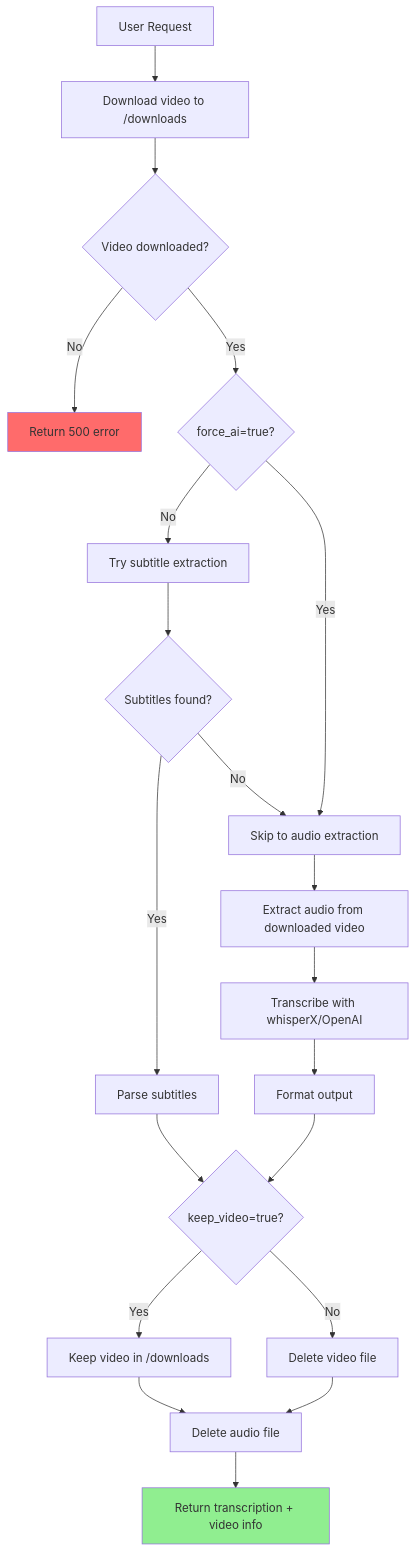
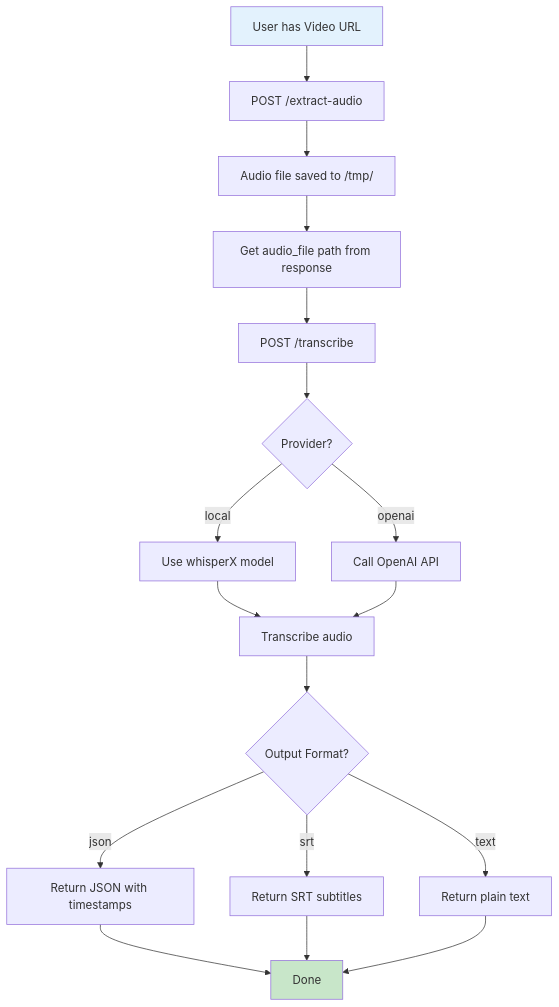
The second of 9 diagrams in docs/endpoint-flows.md (aaahariri/yt-dlp-v1), drawn with Mermaid before and after one commit. The commit also changed other lines of this file and 43 other files, not shown here.

````diff
--- a/docs/endpoint-flows.md
+++ b/docs/endpoint-flows.md
@@ -22,32 +60,26 @@
 ```mermaid
 flowchart TD
-    A[User Request] --> B[Download video to /downloads]
-    B --> C{Video downloaded?}
+    Start[User has Video URL] --> ExtractAudio[POST /extract-audio]
+    ExtractAudio --> AudioSaved[Audio file saved to /tmp/]
+    AudioSaved --> GetAudioPath[Get audio_file path from response]
+    GetAudioPath --> Transcribe[POST /transcribe]
+    Transcribe --> ChooseProvider{Provider?}
 
-    C -->|No| ERROR1[Return 500 error]
-    C -->|Yes| D{force_ai=true?}
+    ChooseProvider -->|local| WhisperX[Use whisperX model]
+    ChooseProvider -->|openai| OpenAI[Call OpenAI API]
 
-    D -->|No| E[Try subtitle extraction]
-    D -->|Yes| I[Skip to audio extraction]
+    WhisperX --> ProcessAudio[Transcribe audio]
+    OpenAI --> ProcessAudio
 
-    E --> F{Subtitles found?}
-    F -->|Yes| G[Parse subtitles]
-    F -->|No| I
+    ProcessAudio --> FormatOutput{Output Format?}
+    FormatOutput -->|json| ReturnJSON[Return JSON with timestamps]
+    FormatOutput -->|srt| ReturnSRT[Return SRT subtitles]
+    FormatOutput -->|text| ReturnText[Return plain text]
 
-    I --> J[Extract audio from downloaded video]
-    J --> K[Transcribe with whisperX/OpenAI]
-    K --> L[Format output]
+    ReturnJSON --> Done[Done]
+    ReturnSRT --> Done
+    ReturnText --> Done
 
-    G --> M{keep_video=true?}
-    L --> M
-
-    M -->|Yes| N[Keep video in /downloads]
-    M -->|No| O[Delete video file]
-
-    N --> P[Delete audio file]
-    O --> P
-    P --> Q[Return transcription + video info]
-
-    style Q fill:#90EE90
-    style ERROR1 fill:#FF6B6B
+    style Start fill:#E3F2FD
+    style Done fill:#C8E6C9
 ```
````
